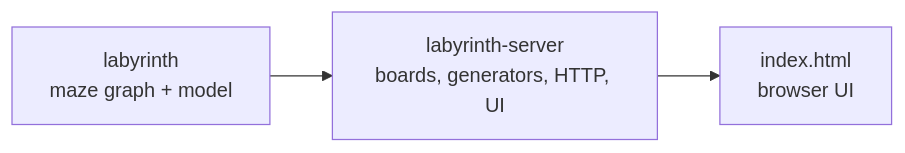
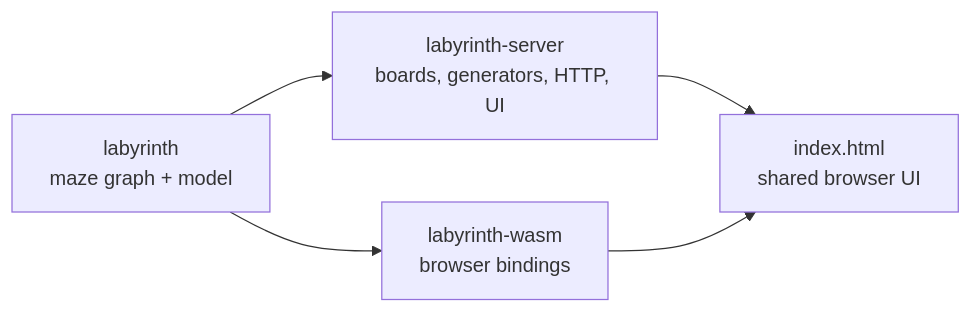
One commit to abbra/labyrinth changed the first of 3 diagrams in docs/src/developer/architecture.md. Above: the diagram before and after it, drawn with Mermaid. The commit also changed other lines of this file and 12 other files, not shown here.

First line of the commit message:
feat: add browser-only WASM maze demo

````diff
--- a/docs/src/developer/architecture.md
+++ b/docs/src/developer/architecture.md
@@ -5,5 +5,7 @@
 ```mermaid
 graph LR
     LIB[labyrinth<br/>maze graph + model] --> SRV[labyrinth-server<br/>boards, generators, HTTP, UI]
-    SRV --> UI[index.html<br/>browser UI]
+    LIB --> WASM[labyrinth-wasm<br/>browser bindings]
+    SRV --> UI[index.html<br/>shared browser UI]
+    WASM --> UI
 ```
````
